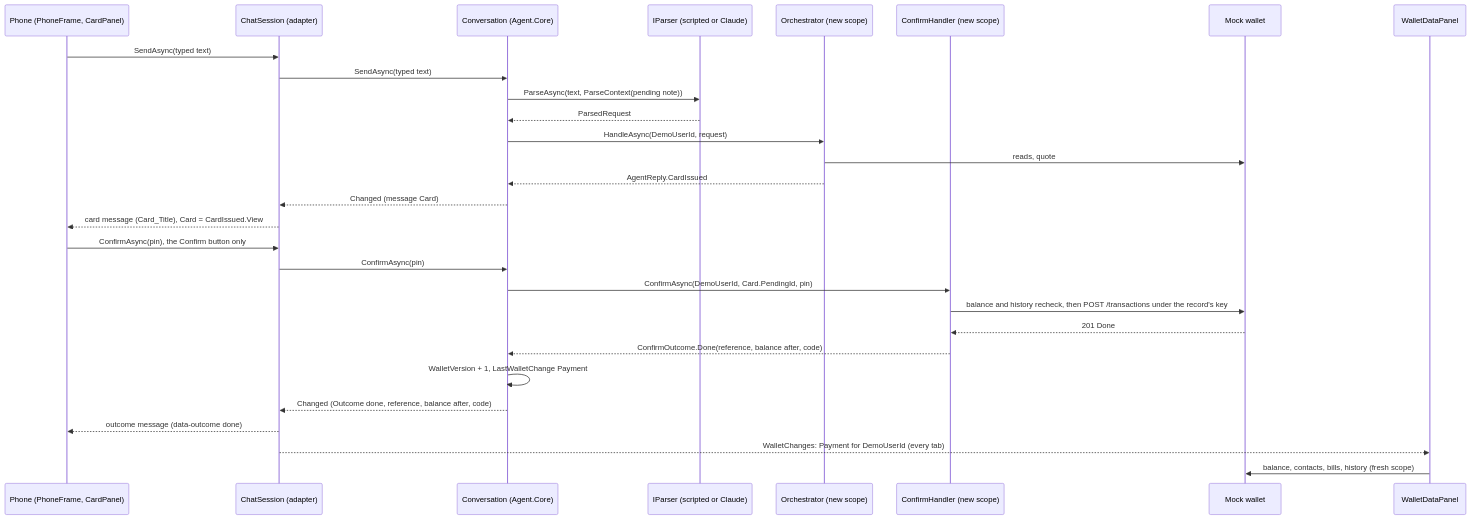
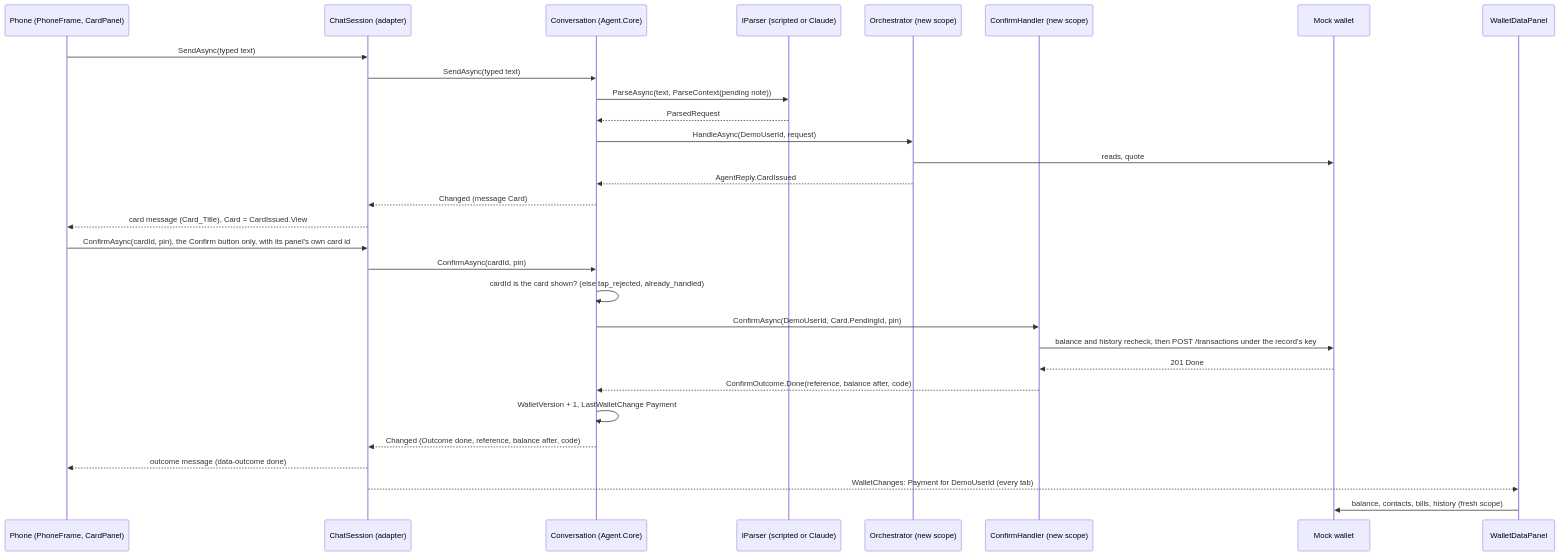
The second of 10 diagrams in docs/agent-web.md (Khalil-Alhadidi/Naqoli), drawn with Mermaid before and after one commit. The commit also changed other lines of this file and 9 other files, not shown here.

Commit message:
feat(web): the card panel confirms and cancels by its own card id; the "not prepared" lines name the rest (strings TODO-AR); MaxRequestsPerMessage editable in the settings component

````diff
--- a/docs/agent-web.md
+++ b/docs/agent-web.md
@@ -84,32 +84,33 @@
 ```mermaid
 sequenceDiagram
     participant U as Phone (PhoneFrame, CardPanel)
     participant S as ChatSession (adapter)
     participant V as Conversation (Agent.Core)
     participant P as IParser (scripted or Claude)
     participant O as Orchestrator (new scope)
     participant C as ConfirmHandler (new scope)
     participant W as Mock wallet
     participant D as WalletDataPanel
 
     U->>S: SendAsync(typed text)
     S->>V: SendAsync(typed text)
     V->>P: ParseAsync(text, ParseContext(pending note))
     P-->>V: ParsedRequest
     V->>O: HandleAsync(DemoUserId, request)
     O->>W: reads, quote
     O-->>V: AgentReply.CardIssued
     V-->>S: Changed (message Card)
     S-->>U: card message (Card_Title), Card = CardIssued.View
-    U->>S: ConfirmAsync(pin), the Confirm button only
-    S->>V: ConfirmAsync(pin)
+    U->>S: ConfirmAsync(cardId, pin), the Confirm button only, with its panel's own card id
+    S->>V: ConfirmAsync(cardId, pin)
+    V->>V: cardId is the card shown? (else tap_rejected, already_handled)
     V->>C: ConfirmAsync(DemoUserId, Card.PendingId, pin)
     C->>W: balance and history recheck, then POST /transactions under the record's key
     W-->>C: 201 Done
     C-->>V: ConfirmOutcome.Done(reference, balance after, code)
     V->>V: WalletVersion + 1, LastWalletChange Payment
     V-->>S: Changed (Outcome done, reference, balance after, code)
     S-->>U: outcome message (data-outcome done)
     S-->>D: WalletChanges: Payment for DemoUserId (every tab)
     D->>W: balance, contacts, bills, history (fresh scope)
 ```
````
